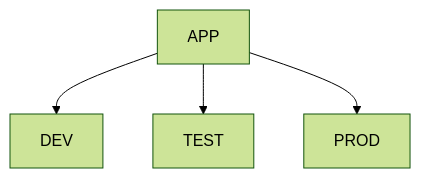
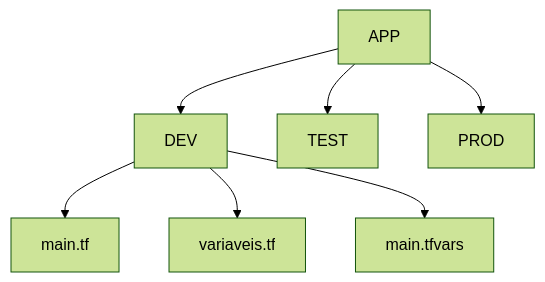
The first of 2 diagrams in TerraformEmPastas/README.md (fabiobpinto/IaC-Terraform), drawn with Mermaid (forest theme) before and after one commit. The commit also changed other lines of this file and 15 other files, not shown here.

````diff
--- a/TerraformEmPastas/README.md
+++ b/TerraformEmPastas/README.md
@@ -6,6 +7,9 @@
 ```mermaid
 graph TD;
     APP-->DEV;
     APP-->TEST;
     APP-->PROD;
+    DEV-->main.tf;
+    DEV-->variaveis.tf;
+    DEV-->main.tfvars;
 ```
````
